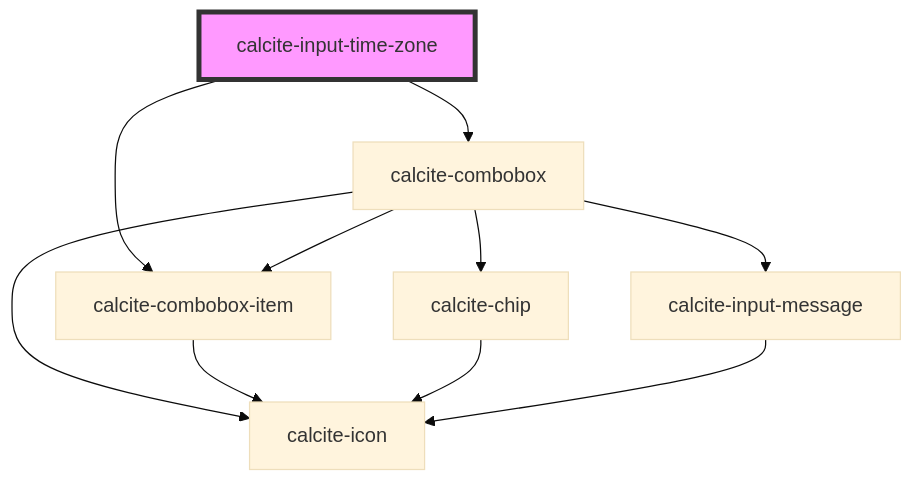
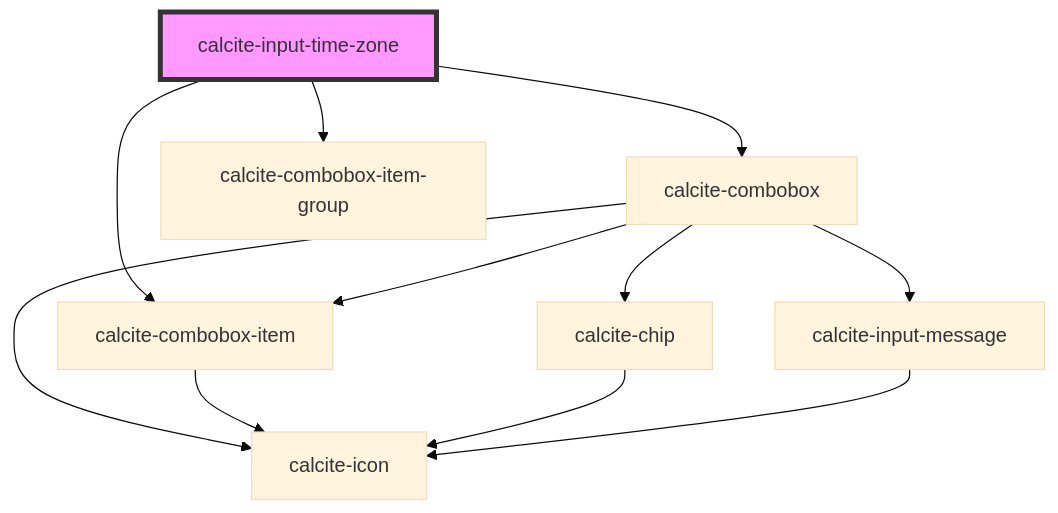
The diagram in packages/calcite-components/src/components/input-time-zone/readme.md (Esri/calcite-design-system), drawn with Mermaid (base theme) before and after one commit. The commit also changed other lines of this file and 3 other files, not shown here.

````diff
--- a/packages/calcite-components/src/components/input-time-zone/readme.md
+++ b/packages/calcite-components/src/components/input-time-zone/readme.md
@@ -57,13 +58,14 @@
 ```mermaid
 graph TD;
   calcite-input-time-zone --> calcite-combobox
   calcite-input-time-zone --> calcite-combobox-item
+  calcite-input-time-zone --> calcite-combobox-item-group
   calcite-combobox --> calcite-combobox-item
   calcite-combobox --> calcite-chip
   calcite-combobox --> calcite-icon
   calcite-combobox --> calcite-input-message
   calcite-combobox-item --> calcite-icon
   calcite-chip --> calcite-icon
   calcite-input-message --> calcite-icon
   style calcite-input-time-zone fill:#f9f,stroke:#333,stroke-width:4px
 ```
````
